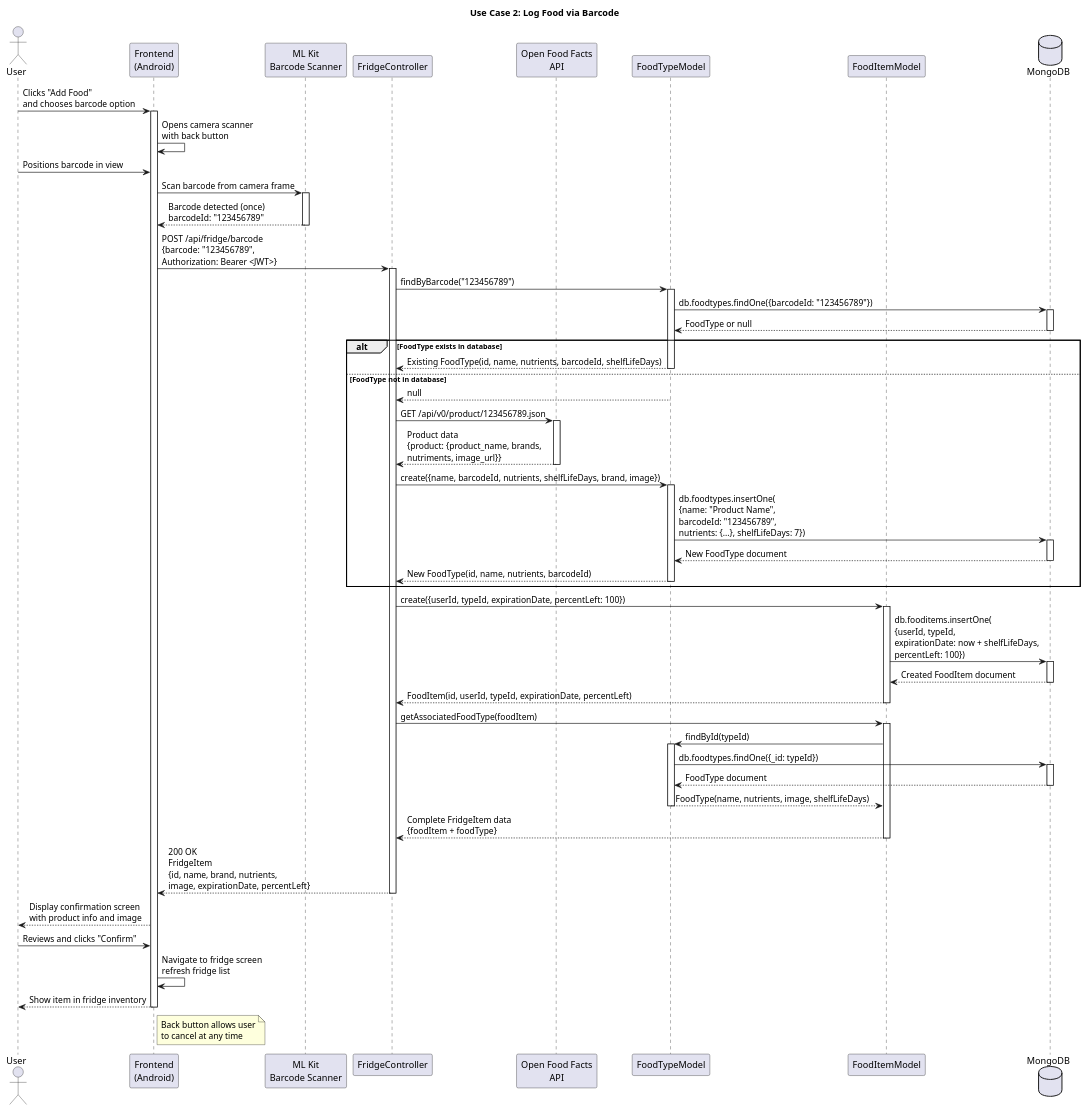
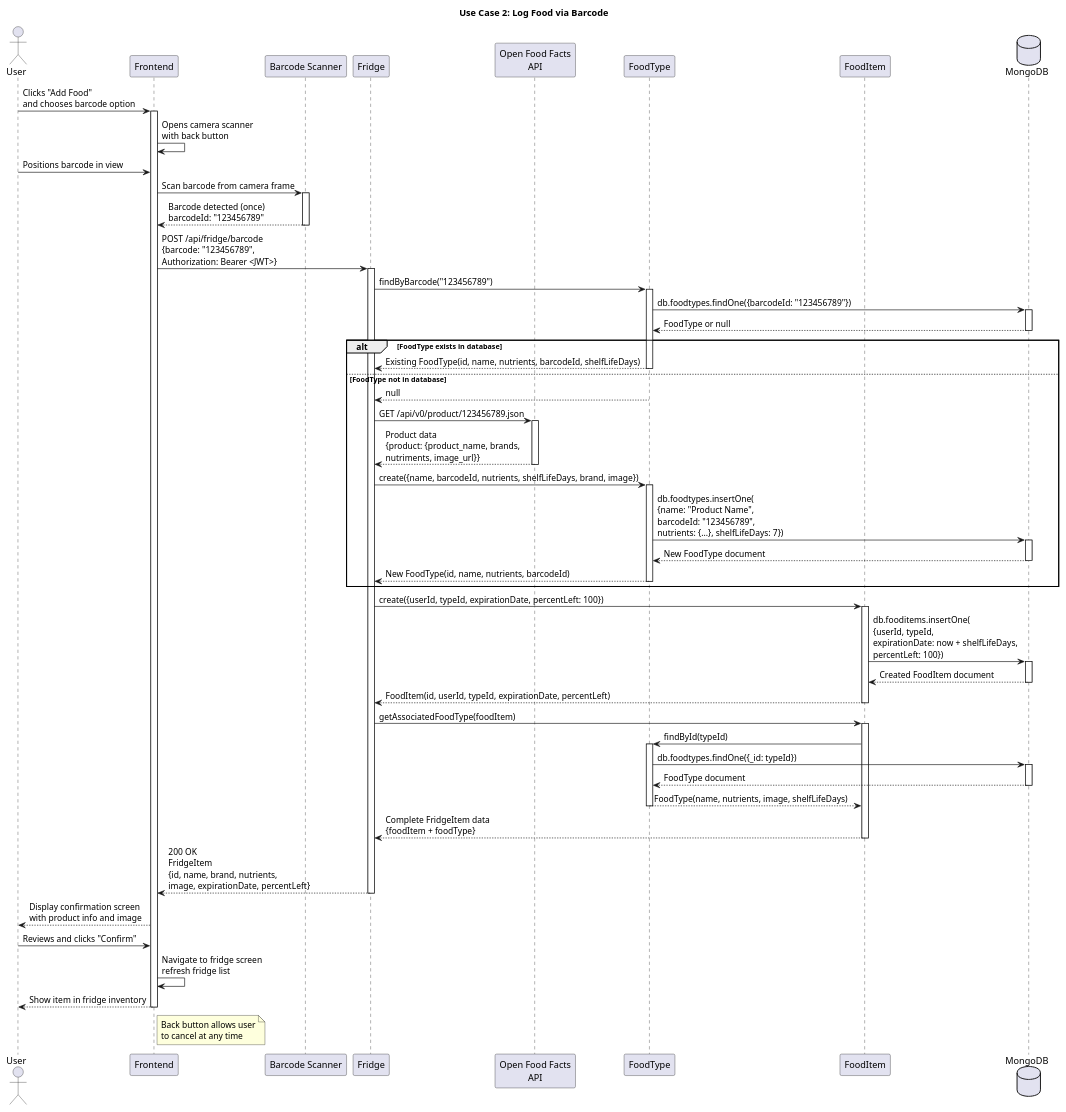
Before and after one commit to virtualfridge/virtualfridge: the diagram in documentation/diagrams/barcodeDiagram.plantuml, drawn with PlantUML. The commit also changed 3 other files, not shown here.

```diff
--- a/documentation/diagrams/barcodeDiagram.plantuml
+++ b/documentation/diagrams/barcodeDiagram.plantuml
@@ -1,89 +1,89 @@
 @startuml
 title Use Case 2: Log Food via Barcode
 
 actor User
-participant "Frontend\n(Android)" as Frontend
-participant "ML Kit\nBarcode Scanner" as MLKit
-participant "FridgeController" as Controller
+participant "Frontend" as Frontend
+participant "Barcode Scanner" as MLKit
+participant "Fridge" as Controller
 participant "Open Food Facts\nAPI" as OpenFood
-participant "FoodTypeModel" as FoodTypeModel
-participant "FoodItemModel" as FoodItemModel
+participant "FoodType" as FoodTypeModel
+participant "FoodItem" as FoodItemModel
 database "MongoDB" as DB
 
 User -> Frontend: Clicks "Add Food"\nand chooses barcode option
 activate Frontend
 Frontend -> Frontend: Opens camera scanner\nwith back button
 User -> Frontend: Positions barcode in view
 
 Frontend -> MLKit: Scan barcode from camera frame
 activate MLKit
 MLKit --> Frontend: Barcode detected (once)\nbarcodeId: "123456789"
 deactivate MLKit
 
 Frontend -> Controller: POST /api/fridge/barcode\n{barcode: "123456789",\nAuthorization: Bearer <JWT>}
 activate Controller
 
 Controller -> FoodTypeModel: findByBarcode("123456789")
 activate FoodTypeModel
 FoodTypeModel -> DB: db.foodtypes.findOne({barcodeId: "123456789"})
 activate DB
 DB --> FoodTypeModel: FoodType or null
 deactivate DB
 
 alt FoodType exists in database
     FoodTypeModel --> Controller: Existing FoodType(id, name, nutrients, barcodeId, shelfLifeDays)
     deactivate FoodTypeModel
 else FoodType not in database
     FoodTypeModel --> Controller: null
     deactivate FoodTypeModel
     Controller -> OpenFood: GET /api/v0/product/123456789.json
     activate OpenFood
     OpenFood --> Controller: Product data\n{product: {product_name, brands,\nnutriments, image_url}}
     deactivate OpenFood
 
     Controller -> FoodTypeModel: create({name, barcodeId, nutrients, shelfLifeDays, brand, image})
     activate FoodTypeModel
     FoodTypeModel -> DB: db.foodtypes.insertOne(\n{name: "Product Name",\nbarcodeId: "123456789",\nnutrients: {...}, shelfLifeDays: 7})
     activate DB
     DB --> FoodTypeModel: New FoodType document
     deactivate DB
     FoodTypeModel --> Controller: New FoodType(id, name, nutrients, barcodeId)
     deactivate FoodTypeModel
 end
 
 Controller -> FoodItemModel: create({userId, typeId, expirationDate, percentLeft: 100})
 activate FoodItemModel
 FoodItemModel -> DB: db.fooditems.insertOne(\n{userId, typeId,\nexpirationDate: now + shelfLifeDays,\npercentLeft: 100})
 activate DB
 DB --> FoodItemModel: Created FoodItem document
 deactivate DB
 FoodItemModel --> Controller: FoodItem(id, userId, typeId, expirationDate, percentLeft)
 deactivate FoodItemModel
 
 Controller -> FoodItemModel: getAssociatedFoodType(foodItem)
 activate FoodItemModel
 FoodItemModel -> FoodTypeModel: findById(typeId)
 activate FoodTypeModel
 FoodTypeModel -> DB: db.foodtypes.findOne({_id: typeId})
 activate DB
 DB --> FoodTypeModel: FoodType document
 deactivate DB
 FoodTypeModel --> FoodItemModel: FoodType(name, nutrients, image, shelfLifeDays)
 deactivate FoodTypeModel
 FoodItemModel --> Controller: Complete FridgeItem data\n{foodItem + foodType}
 deactivate FoodItemModel
 
 Controller --> Frontend: 200 OK\nFridgeItem\n{id, name, brand, nutrients,\nimage, expirationDate, percentLeft}
 deactivate Controller
 Frontend --> User: Display confirmation screen\nwith product info and image
 User -> Frontend: Reviews and clicks "Confirm"
 Frontend -> Frontend: Navigate to fridge screen\nrefresh fridge list
 Frontend --> User: Show item in fridge inventory
 deactivate Frontend
 
 note right of Frontend
   Back button allows user
   to cancel at any time
 end note
 
 @enduml
```
